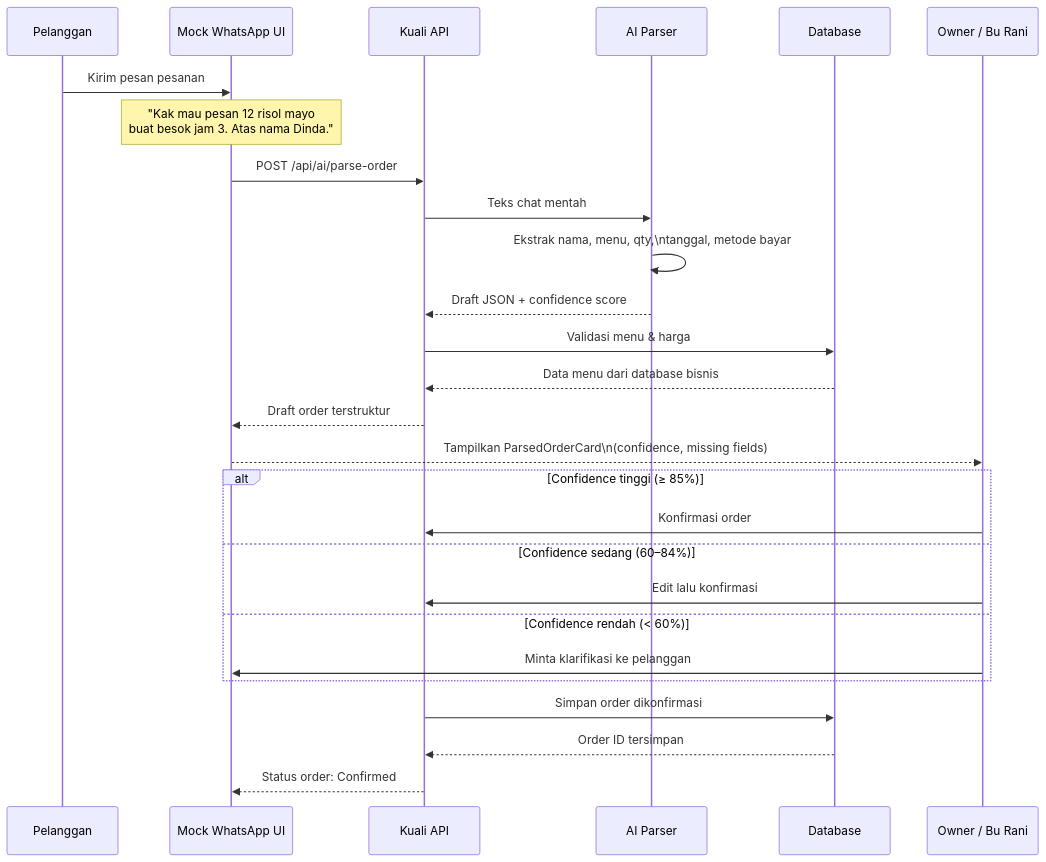
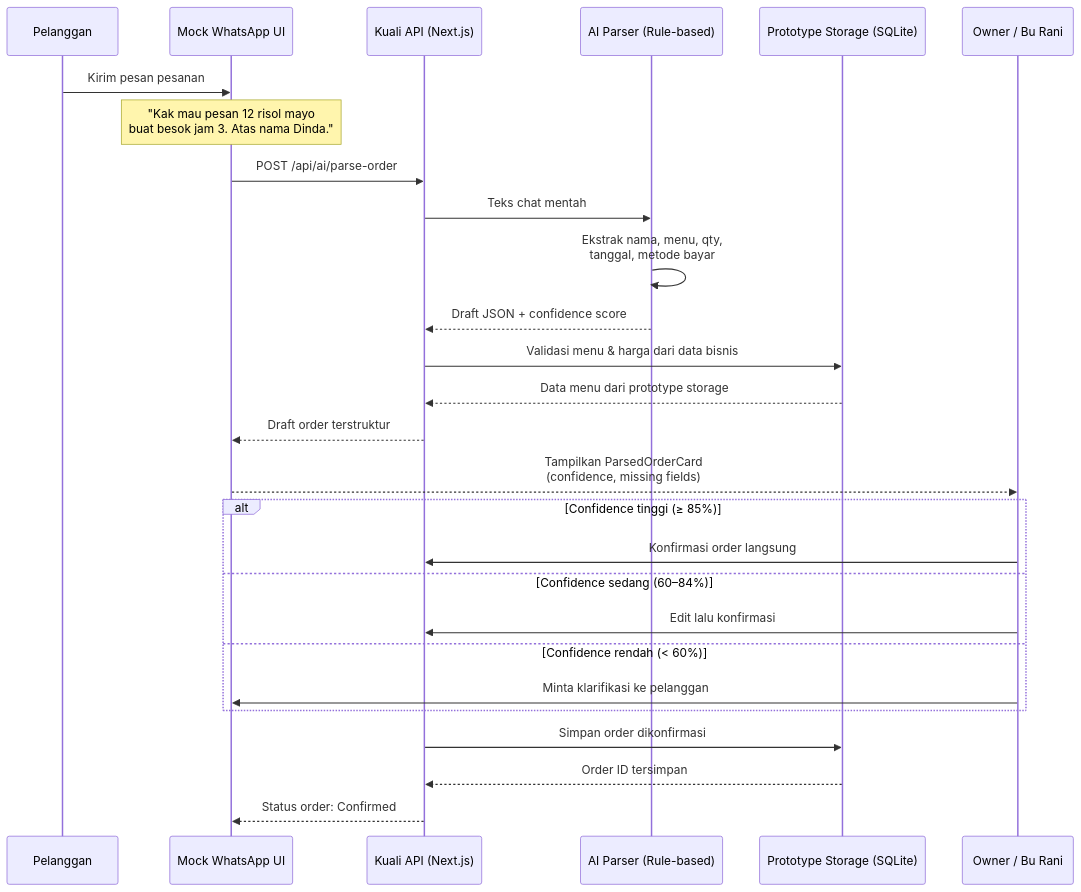
Before and after one commit to codezeros18/kuali: the second of 7 diagrams in docs/proposal/11_MERMAID_DIAGRAMS.md, drawn with Mermaid. The commit also changed other lines of this file and 12 other files, not shown here.

````diff
--- a/docs/proposal/11_MERMAID_DIAGRAMS.md
+++ b/docs/proposal/11_MERMAID_DIAGRAMS.md
@@ -75,35 +92,35 @@
 ```mermaid
 sequenceDiagram
     participant Pelanggan as Pelanggan
     participant MockWA as Mock WhatsApp UI
-    participant API as Kuali API
-    participant AI as AI Parser
-    participant DB as Database
+    participant API as Kuali API (Next.js)
+    participant AI as AI Parser (Rule-based)
+    participant DB as Prototype Storage (SQLite)
     participant Owner as Owner / Bu Rani
 
     Pelanggan->>MockWA: Kirim pesan pesanan
     Note over MockWA: "Kak mau pesan 12 risol mayo<br/>buat besok jam 3. Atas nama Dinda."
     MockWA->>API: POST /api/ai/parse-order
     API->>AI: Teks chat mentah
 
-    AI->>AI: Ekstrak nama, menu, qty,\ntanggal, metode bayar
+    AI->>AI: Ekstrak nama, menu, qty,<br/>tanggal, metode bayar
     AI-->>API: Draft JSON + confidence score
 
-    API->>DB: Validasi menu & harga
-    DB-->>API: Data menu dari database bisnis
+    API->>DB: Validasi menu & harga dari data bisnis
+    DB-->>API: Data menu dari prototype storage
 
     API-->>MockWA: Draft order terstruktur
-    MockWA-->>Owner: Tampilkan ParsedOrderCard\n(confidence, missing fields)
+    MockWA-->>Owner: Tampilkan ParsedOrderCard<br/>(confidence, missing fields)
 
     alt Confidence tinggi (≥ 85%)
-        Owner->>API: Konfirmasi order
+        Owner->>API: Konfirmasi order langsung
     else Confidence sedang (60–84%)
         Owner->>API: Edit lalu konfirmasi
     else Confidence rendah (< 60%)
         Owner->>MockWA: Minta klarifikasi ke pelanggan
     end
 
     API->>DB: Simpan order dikonfirmasi
     DB-->>API: Order ID tersimpan
     API-->>MockWA: Status order: Confirmed
 ```
````
